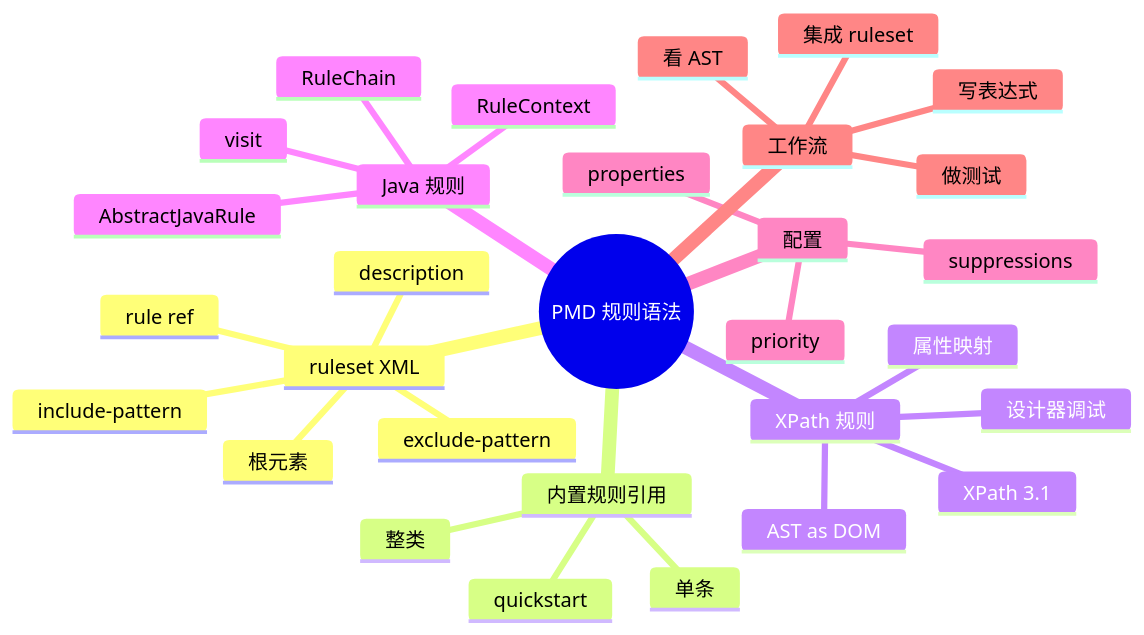
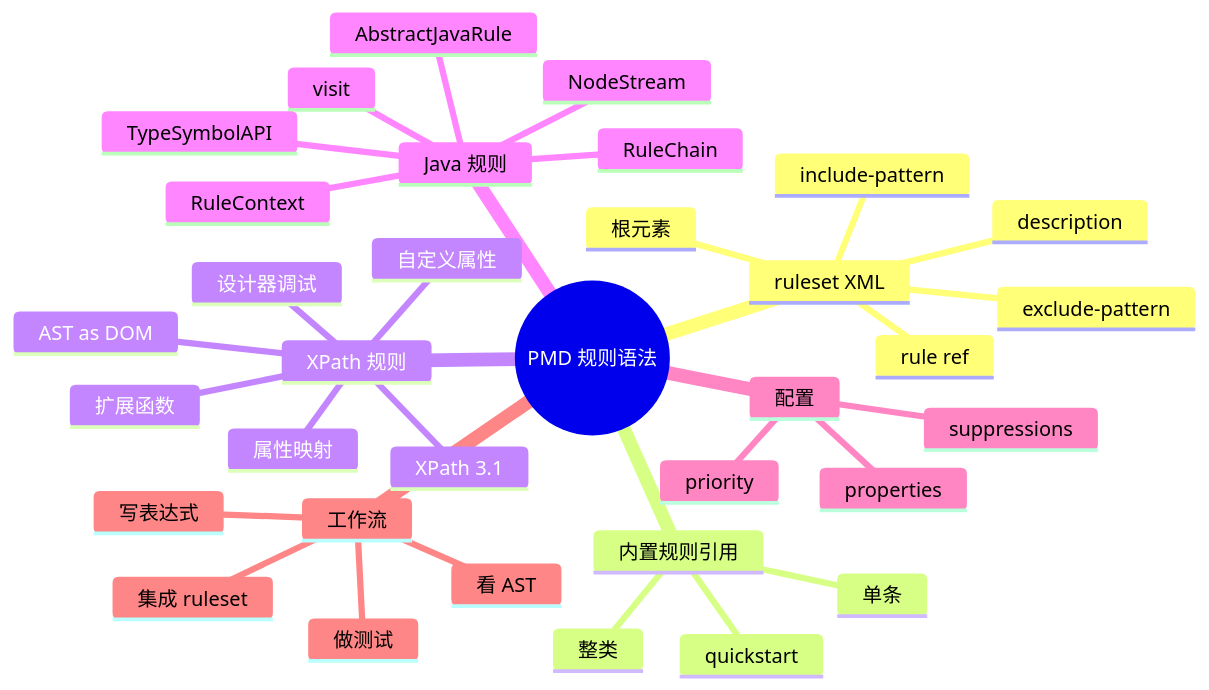
One commit to invoke1442/Playground changed the diagram in Skills/tech-learning/workspace/pmd-learning/05-pmd-rule-syntax.md. Above: the diagram before and after it, drawn with Mermaid. The commit also changed other lines of this file and 399 other files, not shown here.

````diff
--- a/Skills/tech-learning/workspace/pmd-learning/05-pmd-rule-syntax.md
+++ b/Skills/tech-learning/workspace/pmd-learning/05-pmd-rule-syntax.md
@@ -17,33 +19,37 @@
 ```mermaid
 mindmap
   root((PMD 规则语法))
     ruleset XML
       根元素
       description
       rule ref
       exclude-pattern
       include-pattern
     内置规则引用
       单条
       整类
       quickstart
     XPath 规则
       XPath 3.1
       AST as DOM
       属性映射
+      自定义属性
+      扩展函数
       设计器调试
     Java 规则
       AbstractJavaRule
       visit
       RuleContext
       RuleChain
+      NodeStream
+      TypeSymbolAPI
     配置
       priority
       properties
       suppressions
     工作流
       看 AST
       写表达式
       做测试
       集成 ruleset
 ```
````
